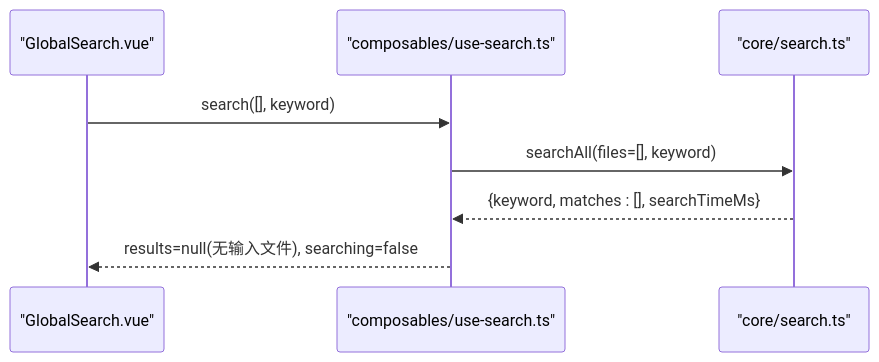
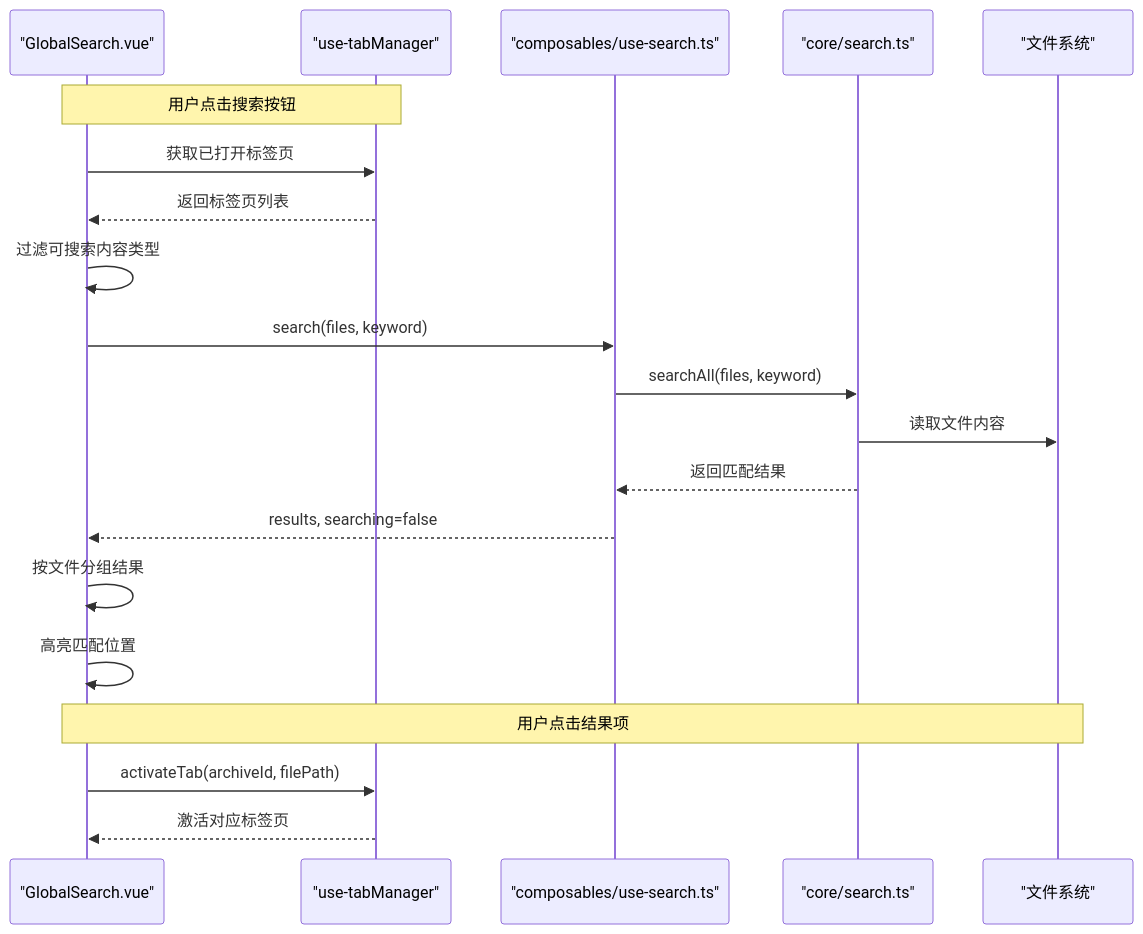
The fourth of 7 diagrams in .qoder/repowiki/zh/content/用户界面/核心组件/公共栏组件.md (taoweidong/Hello-Tauri), drawn with Mermaid before and after one commit. The commit also changed other lines of this file and 67 other files, not shown here.

````diff
--- a/.qoder/repowiki/zh/content/用户界面/核心组件/公共栏组件.md
+++ b/.qoder/repowiki/zh/content/用户界面/核心组件/公共栏组件.md
@@ -170,10 +200,22 @@
 ```mermaid
 sequenceDiagram
 participant UI as "GlobalSearch.vue"
+participant TM as "use-tabManager"
 participant CS as "composables/use-search.ts"
 participant Core as "core/search.ts"
-UI->>CS : search([], keyword)
-CS->>Core : searchAll(files=[], keyword)
-Core-->>CS : {keyword, matches : [], searchTimeMs}
-CS-->>UI : results=null(无输入文件), searching=false
+participant FS as "文件系统"
+Note over UI,TM : 用户点击搜索按钮
+UI->>TM : 获取已打开标签页
+TM-->>UI : 返回标签页列表
+UI->>UI : 过滤可搜索内容类型
+UI->>CS : search(files, keyword)
+CS->>Core : searchAll(files, keyword)
+Core->>FS : 读取文件内容
+Core-->>CS : 返回匹配结果
+CS-->>UI : results, searching=false
+UI->>UI : 按文件分组结果
+UI->>UI : 高亮匹配位置
+Note over UI,FS : 用户点击结果项
+UI->>TM : activateTab(archiveId, filePath)
+TM-->>UI : 激活对应标签页
 ```
````
